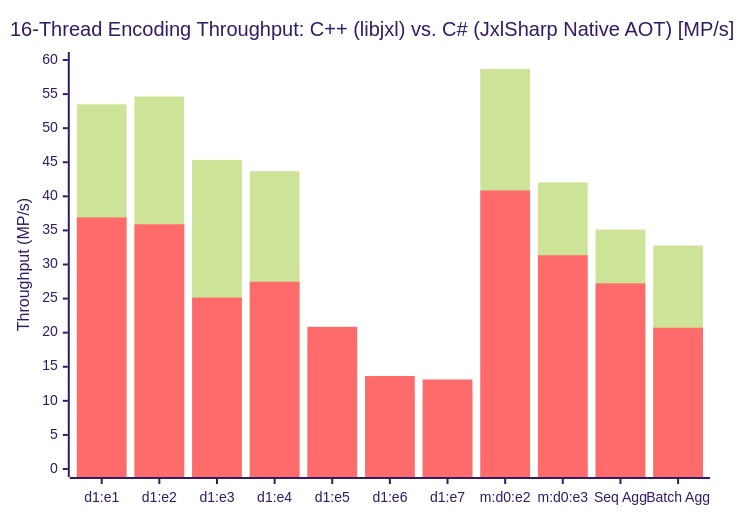
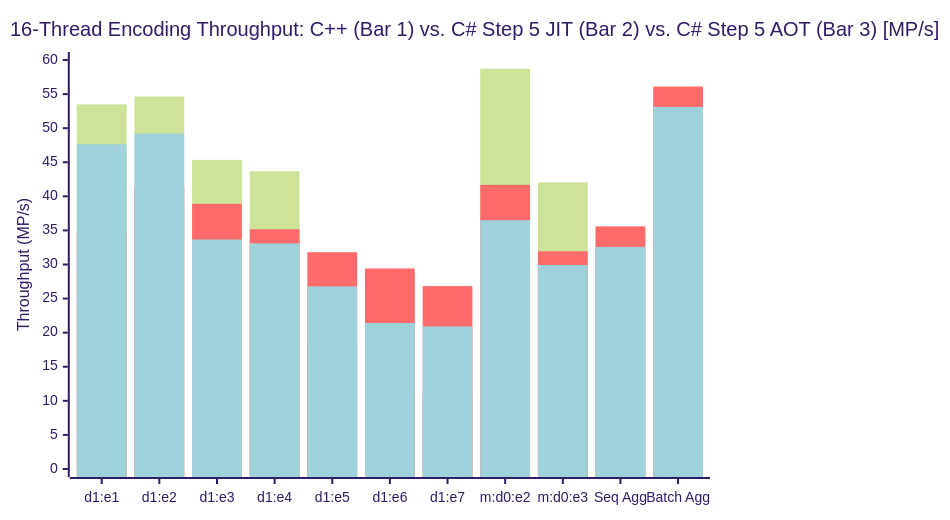
The first of 2 diagrams in benchmark.md (Hefaistos68/jxlsharp), drawn with Mermaid (forest theme) before and after one commit. The commit also changed other lines of this file and 17 other files, not shown here.

````diff
--- a/benchmark.md
+++ b/benchmark.md
@@ -229,8 +315,9 @@
 ```mermaid
 xychart-beta
-    title "16-Thread Encoding Throughput: C++ (libjxl) vs. C# (JxlSharp Native AOT) [MP/s]"
+    title "16-Thread Encoding Throughput: C++ (Bar 1) vs. C# Step 5 JIT (Bar 2) vs. C# Step 5 AOT (Bar 3) [MP/s]"
     x-axis ["d1:e1", "d1:e2", "d1:e3", "d1:e4", "d1:e5", "d1:e6", "d1:e7", "m:d0:e2", "m:d0:e3", "Seq Agg", "Batch Agg"]
     y-axis "Throughput (MP/s)" 0 --> 60
     bar [53.49, 54.64, 45.35, 43.68, 18.64, 12.21, 11.01, 58.70, 42.05, 35.12, 32.78]
-    bar [36.91, 35.90, 25.15, 27.47, 20.86, 13.64, 13.13, 40.86, 31.36, 27.23, 20.73]
+    bar [34.79, 41.40, 38.90, 35.17, 31.80, 29.42, 26.83, 41.69, 31.93, 35.60, 56.11]
+    bar [47.64, 49.21, 33.67, 33.10, 26.79, 21.42, 20.91, 36.50, 29.93, 32.58, 53.12]
 ```
````
